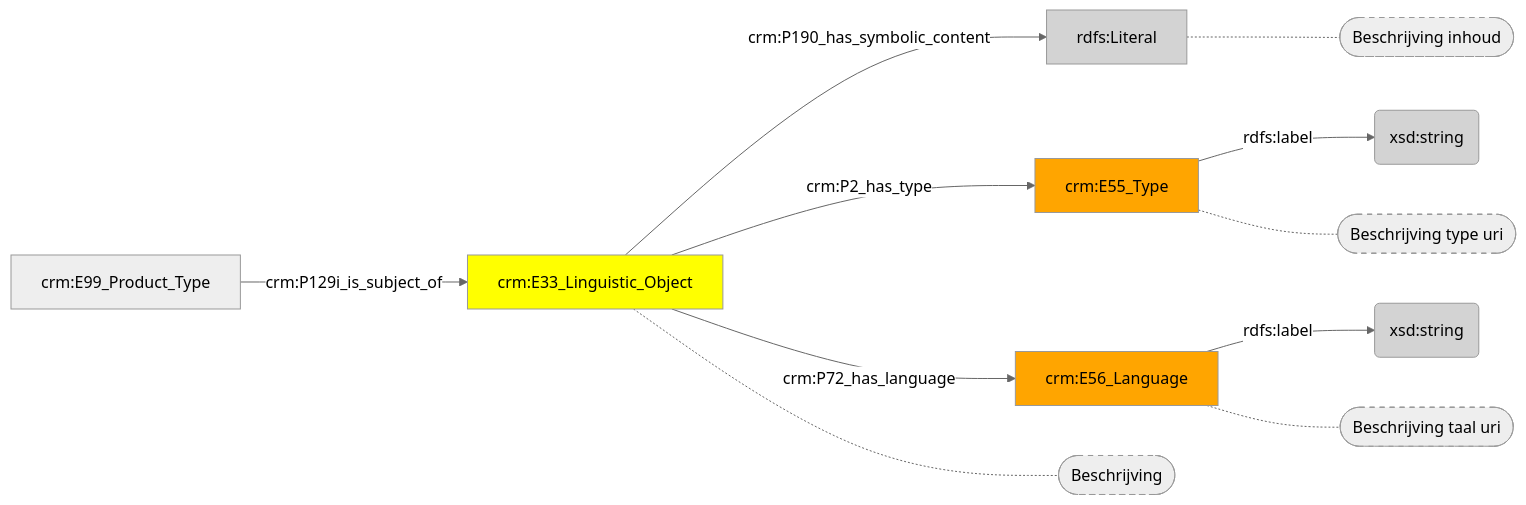
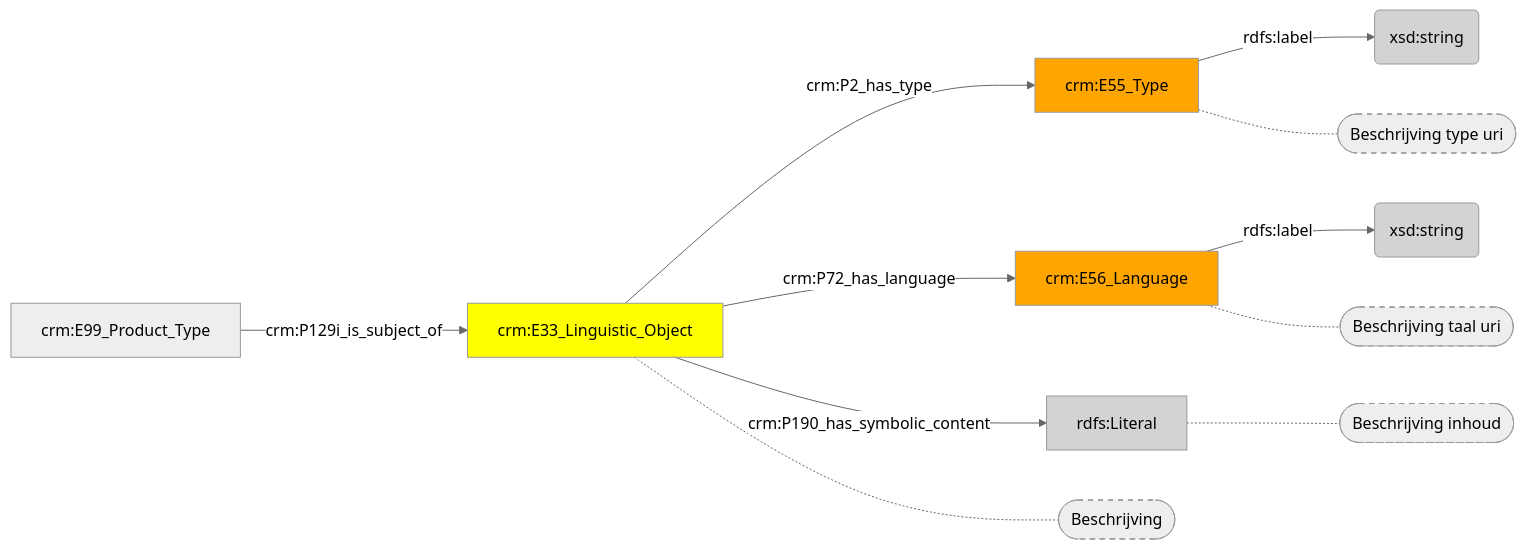
Before and after one commit to digipolisantwerpdocumentation/antwerp-cultureel-erfgoed: the diagram in docs/content/modellen/ProductType/Inhoud.md, drawn with Mermaid (neutral theme). The commit also changed other lines of this file and 173 other files, not shown here.

````diff
--- a/docs/content/modellen/ProductType/Inhoud.md
+++ b/docs/content/modellen/ProductType/Inhoud.md
@@ -1,23 +1,23 @@
 ```mermaid
 graph LR
+335a7fea-522f-11ee-974d-00163e71351b["crm:E33_Linguistic_Object"]-->|"crm:P2_has_type"|335a8594-522f-11ee-974d-00163e71351b["crm:E55_Type"]
+335a7fea-522f-11ee-974d-00163e71351b["crm:E33_Linguistic_Object"]-->|"crm:P72_has_language"|335a8760-522f-11ee-974d-00163e71351b["crm:E56_Language"]
+7892caec-471a-11ee-a9ac-00163e71351b["crm:E99_Product_Type"]-->|"crm:P129i_is_subject_of"|335a7fea-522f-11ee-974d-00163e71351b["crm:E33_Linguistic_Object"]
 335a7fea-522f-11ee-974d-00163e71351b["crm:E33_Linguistic_Object"]-->|"crm:P190_has_symbolic_content"|335a836e-522f-11ee-974d-00163e71351b(rdfs:Literal)
 335a8594-522f-11ee-974d-00163e71351b["crm:E55_Type"]-->|"rdfs:label"|335a84a4-522f-11ee-974d-00163e71351b(xsd:string)
 335a8760-522f-11ee-974d-00163e71351b["crm:E56_Language"]-->|"rdfs:label"|335a867a-522f-11ee-974d-00163e71351b(xsd:string)
-335a7fea-522f-11ee-974d-00163e71351b["crm:E33_Linguistic_Object"]-->|"crm:P2_has_type"|335a8594-522f-11ee-974d-00163e71351b["crm:E55_Type"]
-335a7fea-522f-11ee-974d-00163e71351b["crm:E33_Linguistic_Object"]-->|"crm:P72_has_language"|335a8760-522f-11ee-974d-00163e71351b["crm:E56_Language"]
-7892caec-471a-11ee-a9ac-00163e71351b["crm:E99_Product_Type"]-->|"crm:P129i_is_subject_of"|335a7fea-522f-11ee-974d-00163e71351b["crm:E33_Linguistic_Object"]
 style 335a836e-522f-11ee-974d-00163e71351b_s stroke-dasharray: 5
 style 335a8594-522f-11ee-974d-00163e71351b_s stroke-dasharray: 5
 style 335a8760-522f-11ee-974d-00163e71351b_s stroke-dasharray: 5
 style 335a7fea-522f-11ee-974d-00163e71351b_s stroke-dasharray: 5
 335a836e-522f-11ee-974d-00163e71351b["rdfs:Literal"]-.-335a836e-522f-11ee-974d-00163e71351b_s(["Beschrijving inhoud"])
 335a8594-522f-11ee-974d-00163e71351b["crm:E55_Type"]-.-335a8594-522f-11ee-974d-00163e71351b_s(["Beschrijving type uri"])
 335a8760-522f-11ee-974d-00163e71351b["crm:E56_Language"]-.-335a8760-522f-11ee-974d-00163e71351b_s(["Beschrijving taal uri"])
 335a7fea-522f-11ee-974d-00163e71351b["crm:E33_Linguistic_Object"]-.-335a7fea-522f-11ee-974d-00163e71351b_s(["Beschrijving"])
 style 335a7fea-522f-11ee-974d-00163e71351b fill:#ffff00
 style 335a836e-522f-11ee-974d-00163e71351b fill:#D3D3D3
 style 335a84a4-522f-11ee-974d-00163e71351b fill:#D3D3D3
 style 335a8594-522f-11ee-974d-00163e71351b fill:#ffa500
 style 335a867a-522f-11ee-974d-00163e71351b fill:#D3D3D3
 style 335a8760-522f-11ee-974d-00163e71351b fill:#ffa500
 ```
````
